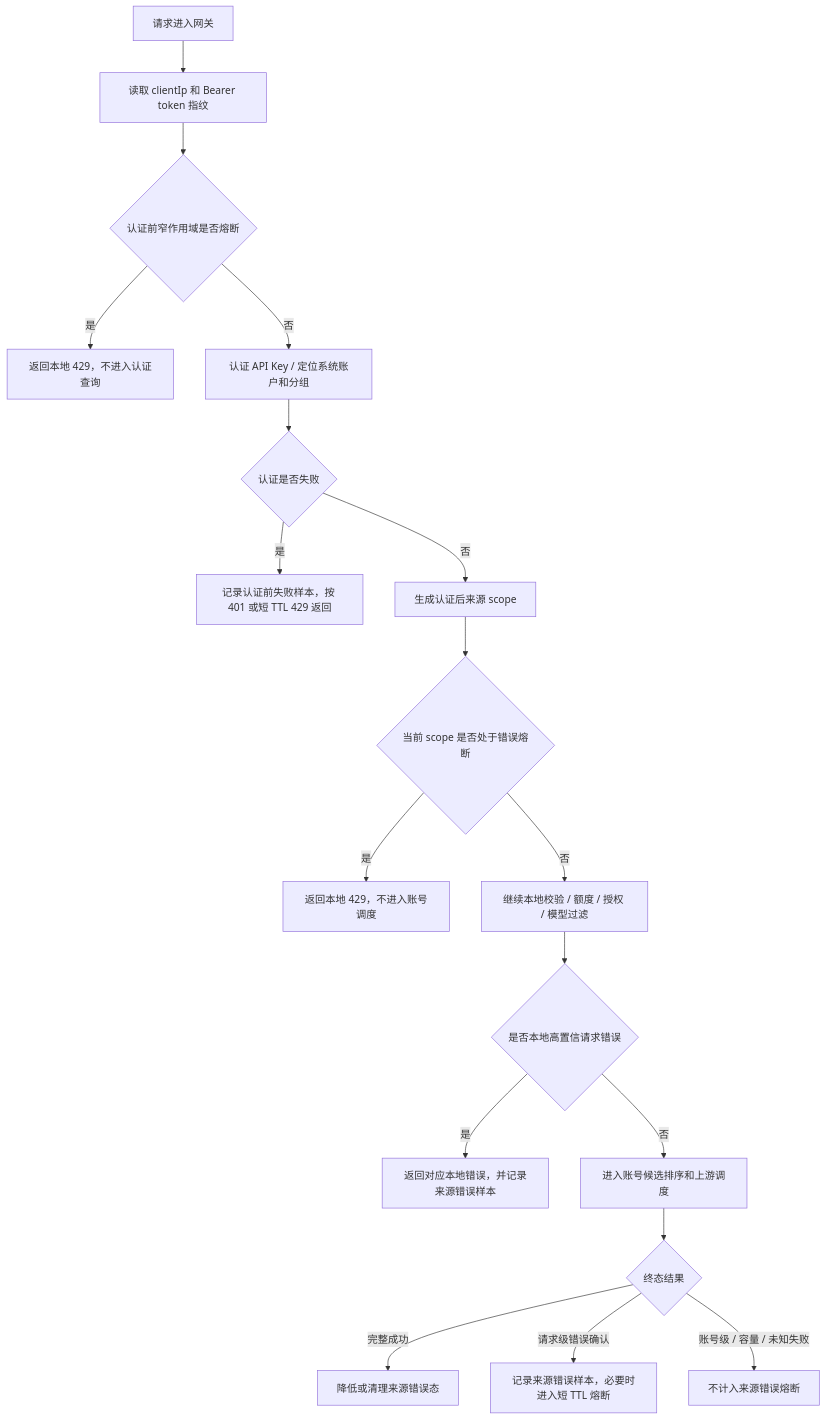
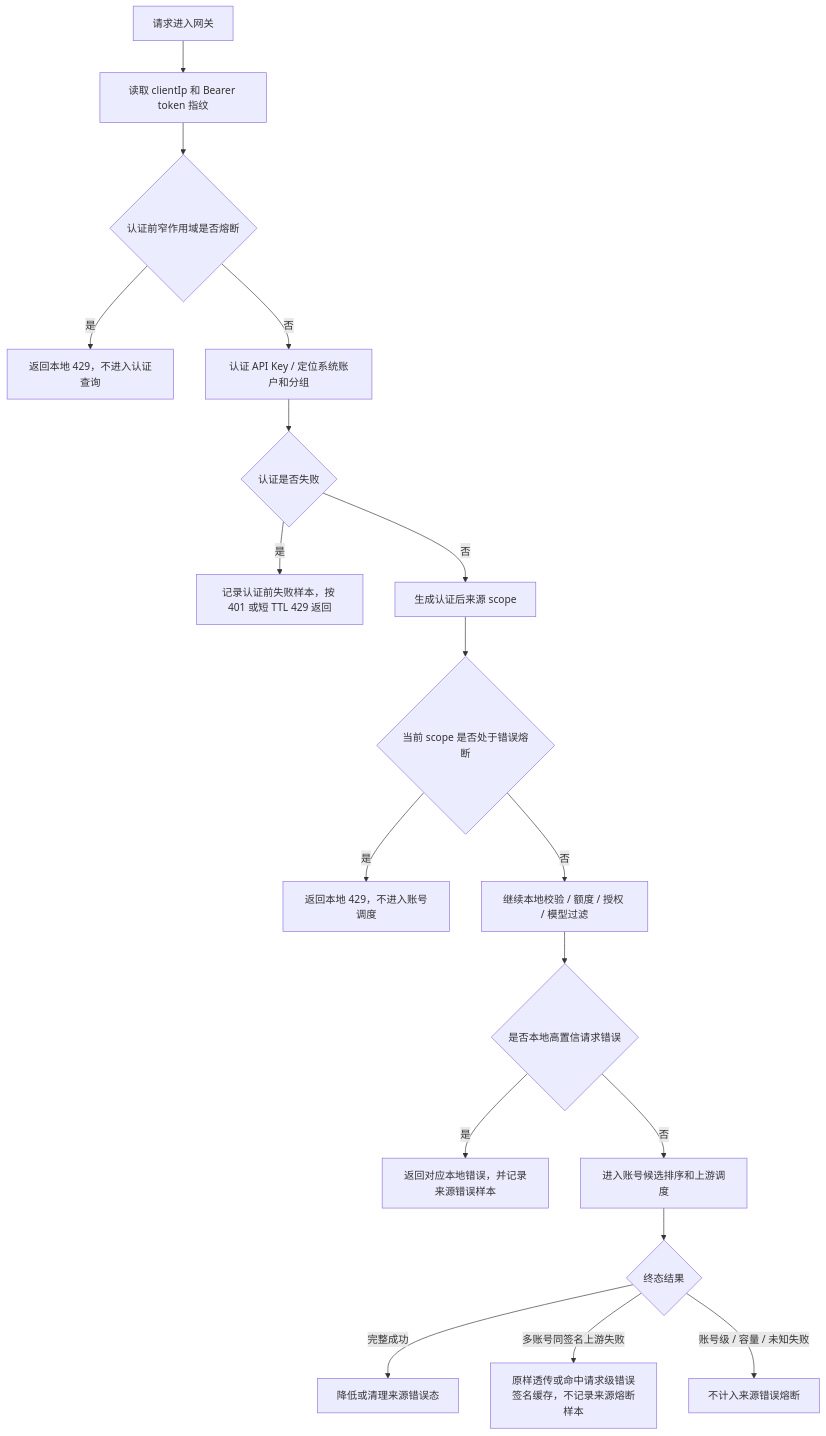
The diagram in docs/functions/IP级错误熔断与恶意请求保护设计.md (huanmin123/juhe-ai), drawn with Mermaid before and after one commit. The commit also changed other lines of this file and 136 other files, not shown here.

````diff
--- a/docs/functions/IP级错误熔断与恶意请求保护设计.md
+++ b/docs/functions/IP级错误熔断与恶意请求保护设计.md
@@ -194,20 +191,20 @@
 ```mermaid
 flowchart TD
   A["请求进入网关"] --> A1["读取 clientIp 和 Bearer token 指纹"]
   A1 --> A2{"认证前窄作用域是否熔断"}
   A2 -- "是" --> A3["返回本地 429，不进入认证查询"]
   A2 -- "否" --> B["认证 API Key / 定位系统账户和分组"]
   B --> B1{"认证是否失败"}
   B1 -- "是" --> B2["记录认证前失败样本，按 401 或短 TTL 429 返回"]
   B1 -- "否" --> C["生成认证后来源 scope"]
   C --> D{"当前 scope 是否处于错误熔断"}
   D -- "是" --> E["返回本地 429，不进入账号调度"]
   D -- "否" --> F["继续本地校验 / 额度 / 授权 / 模型过滤"]
   F --> G{"是否本地高置信请求错误"}
   G -- "是" --> H["返回对应本地错误，并记录来源错误样本"]
   G -- "否" --> I["进入账号候选排序和上游调度"]
   I --> J{"终态结果"}
   J -- "完整成功" --> K["降低或清理来源错误态"]
-  J -- "请求级错误确认" --> L["记录来源错误样本，必要时进入短 TTL 熔断"]
+  J -- "多账号同签名上游失败" --> L["原样透传或命中请求级错误签名缓存，不记录来源熔断样本"]
   J -- "账号级 / 容量 / 未知失败" --> M["不计入来源错误熔断"]
 ```
````
